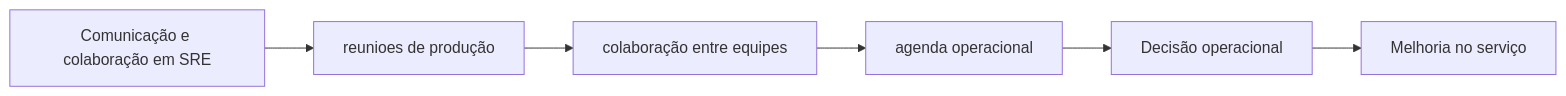
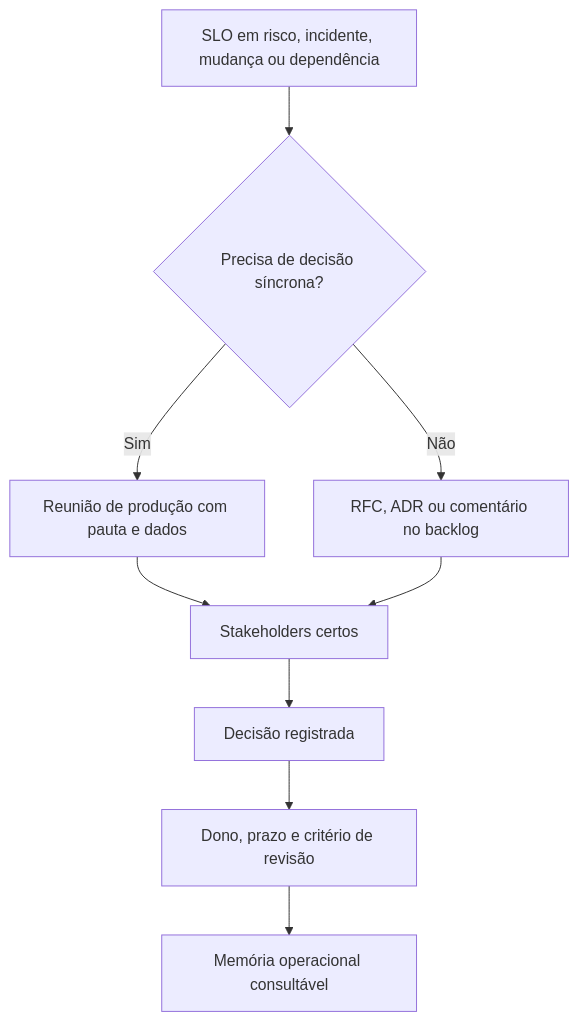
Before and after one commit to rafaelrezo/curso-engenharia-confiabilidade: the diagram in docs/capitulos/capitulo-22.md, drawn with Mermaid. The commit also changed other lines of this file and 31 other files, not shown here.

````diff
--- a/docs/capitulos/capitulo-22.md
+++ b/docs/capitulos/capitulo-22.md
@@ -112,8 +192,11 @@
 ```mermaid
-flowchart LR
-    Tema["Comunicação e colaboração em SRE"] --> C1["reunioes de produção"]
-    C1 --> C2["colaboração entre equipes"]
-    C2 --> C3["agenda operacional"]
-    C3 --> Decisao["Decisão operacional"]
-    Decisao --> Acao["Melhoria no serviço"]
+flowchart TD
+    Sinal["SLO em risco, incidente, mudança ou dependência"] --> Forum{"Precisa de decisão síncrona?"}
+    Forum -->|Sim| Reuniao["Reunião de produção com pauta e dados"]
+    Forum -->|Não| Assincrono["RFC, ADR ou comentário no backlog"]
+    Reuniao --> Stakeholders["Stakeholders certos"]
+    Assincrono --> Stakeholders
+    Stakeholders --> Decisao["Decisão registrada"]
+    Decisao --> Dono["Dono, prazo e critério de revisão"]
+    Dono --> Memoria["Memória operacional consultável"]
 ```
````
